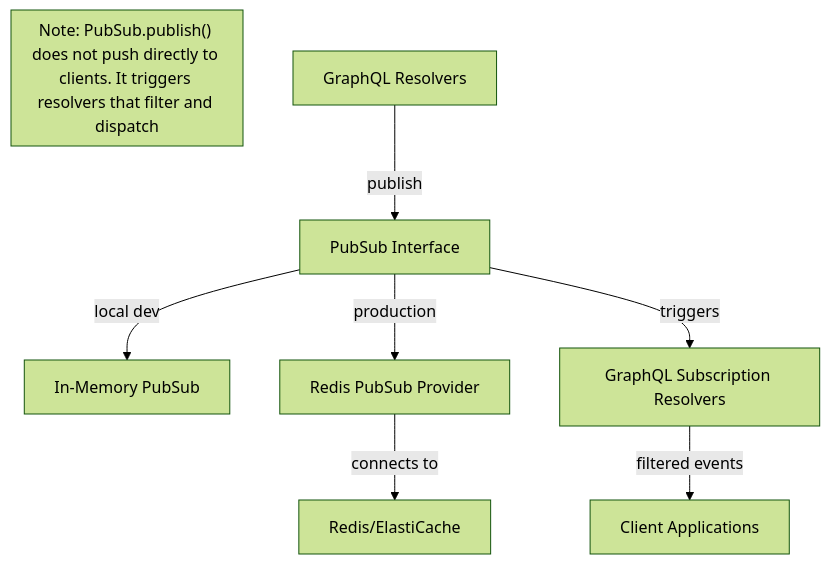
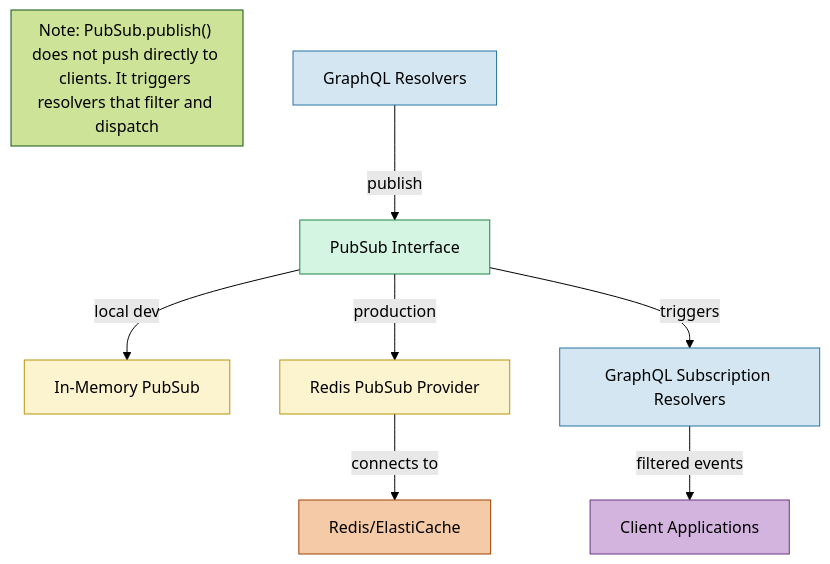
Before and after one commit to aniketdebnath/apollo-chat: the first of 2 diagrams in docs/backend/pubsub.md, drawn with Mermaid (forest theme). The commit also changed 10 other files, not shown here.

Commit message:
inconsistency in diagrams fixed, updated with high contrast fill color suitable for github dark mode

````diff
--- a/docs/backend/pubsub.md
+++ b/docs/backend/pubsub.md
@@ -9,12 +9,24 @@
 ```mermaid
 graph TD
     A[GraphQL Resolvers] -->|publish| B[PubSub Interface]
     B -->|local dev| C[In-Memory PubSub]
     B -->|production| D[Redis PubSub Provider]
     D -->|connects to| E[Redis/ElastiCache]
     B -->|triggers| F[GraphQL Subscription Resolvers]
     F -->|filtered events| G[Client Applications]
 
     subgraph "Note: PubSub.publish() does not push directly to clients. It triggers resolvers that filter and dispatch"
     end
+
+    classDef resolver fill:#D4E6F1,stroke:#2874A6,stroke-width:1px,color:#000;
+    classDef pubsub fill:#D5F5E3,stroke:#1E8449,stroke-width:1px,color:#000;
+    classDef provider fill:#FCF3CF,stroke:#B7950B,stroke-width:1px,color:#000;
+    classDef database fill:#F5CBA7,stroke:#A04000,stroke-width:1px,color:#000;
+    classDef client fill:#D2B4DE,stroke:#6C3483,stroke-width:1px,color:#000;
+
+    class A,F resolver;
+    class B pubsub;
+    class C,D provider;
+    class E database;
+    class G client;
 ```
````
